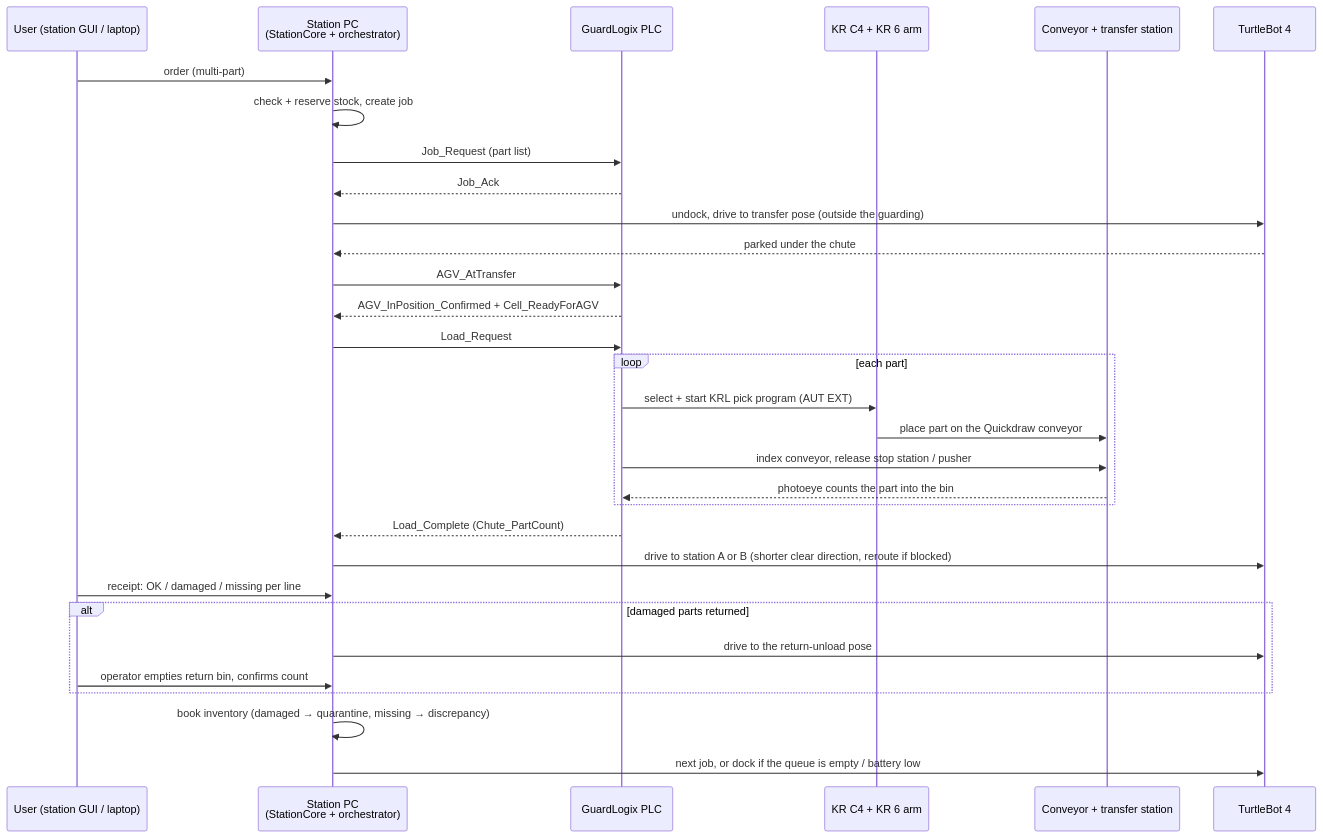
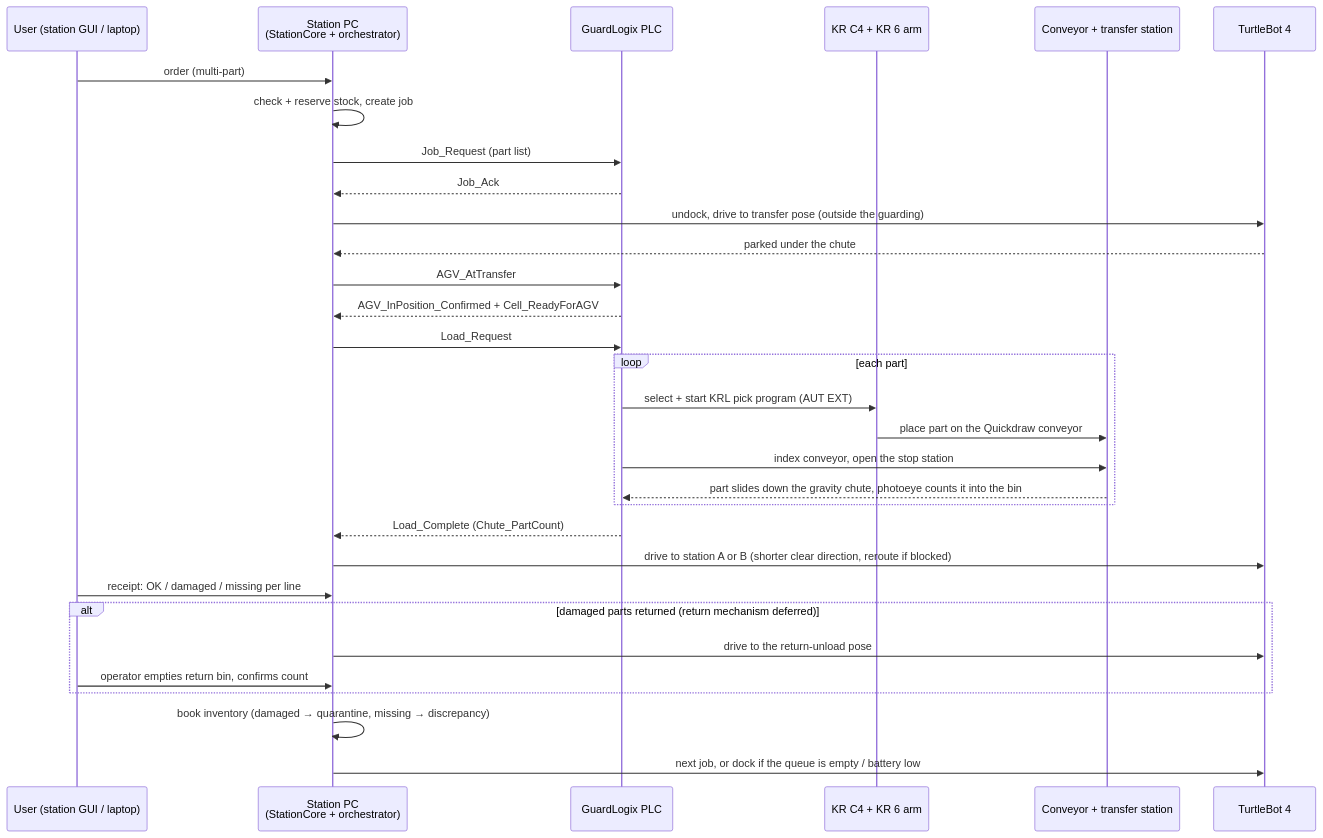
The diagram in README.md (CDJ7/APEx-2.0), drawn with Mermaid before and after one commit. The commit also changed other lines of this file and 7 other files, not shown here.

````diff
--- a/README.md
+++ b/README.md
@@ -44,33 +54,33 @@
 ```mermaid
 sequenceDiagram
     participant U as User (station GUI / laptop)
     participant S as Station PC<br/>(StationCore + orchestrator)
     participant P as GuardLogix PLC
     participant K as KR C4 + KR 6 arm
     participant X as Conveyor + transfer station
     participant T as TurtleBot 4
     U->>S: order (multi-part)
     S->>S: check + reserve stock, create job
     S->>P: Job_Request (part list)
     P-->>S: Job_Ack
     S->>T: undock, drive to transfer pose (outside the guarding)
     T-->>S: parked under the chute
     S->>P: AGV_AtTransfer
     P-->>S: AGV_InPosition_Confirmed + Cell_ReadyForAGV
     S->>P: Load_Request
     loop each part
         P->>K: select + start KRL pick program (AUT EXT)
         K->>X: place part on the Quickdraw conveyor
-        P->>X: index conveyor, release stop station / pusher
-        X-->>P: photoeye counts the part into the bin
+        P->>X: index conveyor, open the stop station
+        X-->>P: part slides down the gravity chute, photoeye counts it into the bin
     end
     P-->>S: Load_Complete (Chute_PartCount)
     S->>T: drive to station A or B (shorter clear direction, reroute if blocked)
     U->>S: receipt: OK / damaged / missing per line
-    alt damaged parts returned
+    alt damaged parts returned (return mechanism deferred)
         S->>T: drive to the return-unload pose
         U->>S: operator empties return bin, confirms count
     end
     S->>S: book inventory (damaged → quarantine, missing → discrepancy)
     S->>T: next job, or dock if the queue is empty / battery low
 ```
````
